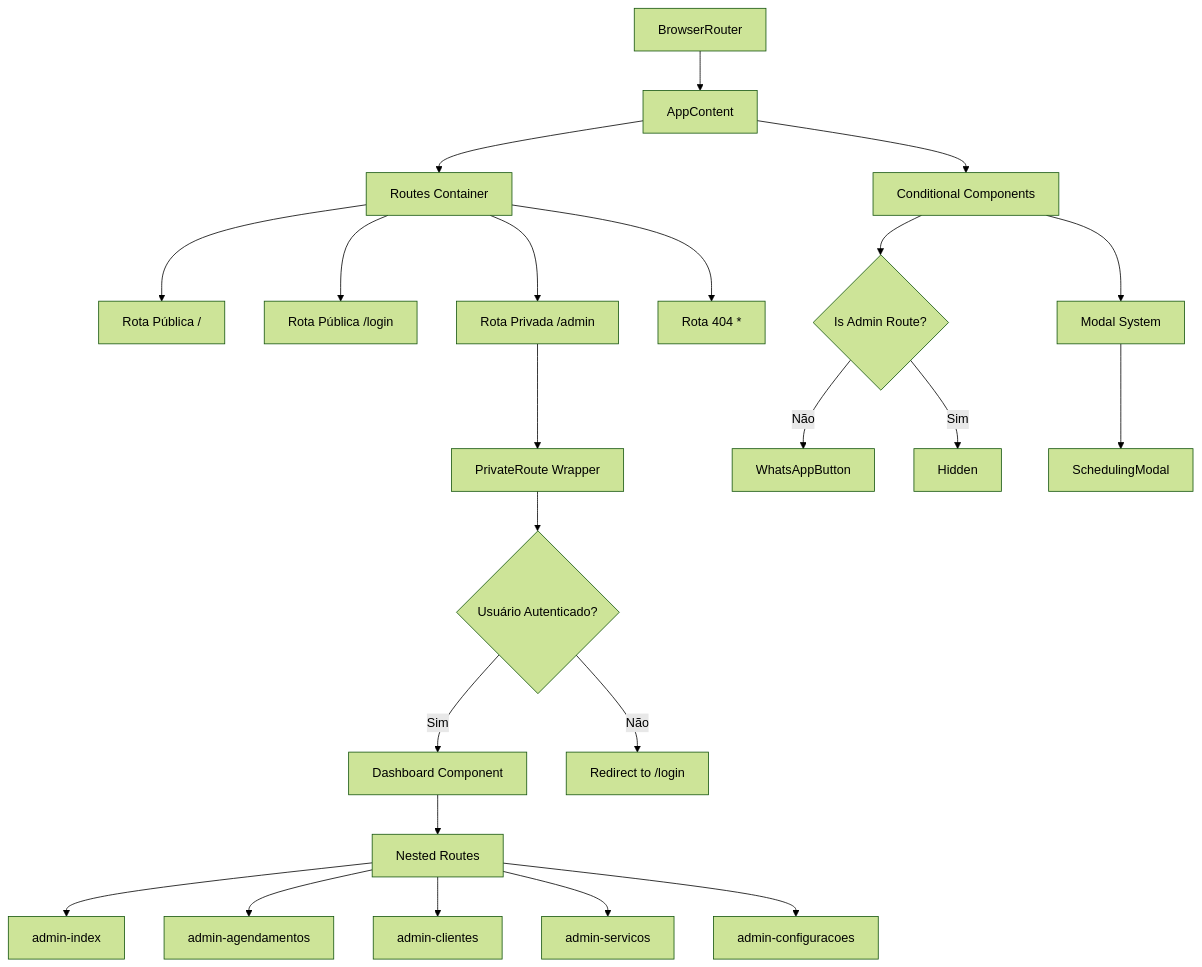
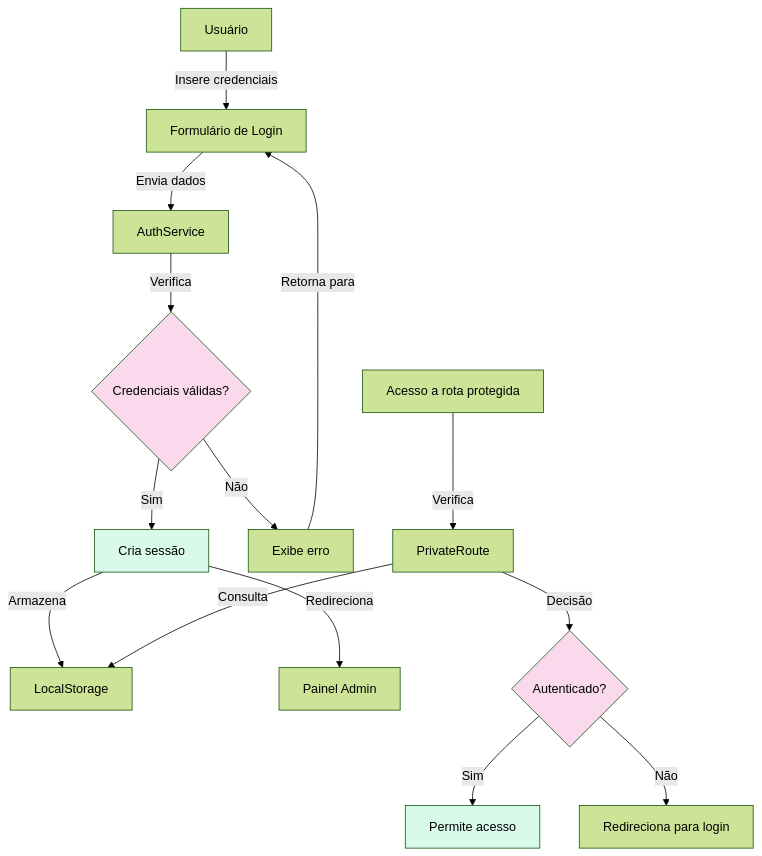
One commit to cold-tech/documentacao changed the first of 2 diagrams in SISTEMA_ROTAS.md. Above: the diagram before and after it, drawn with Mermaid (forest theme). The commit also changed other lines of this file, not shown here.

````diff
--- a/SISTEMA_ROTAS.md
+++ b/SISTEMA_ROTAS.md
@@ -27,29 +11,22 @@
 ```mermaid
-graph TD
-    A[BrowserRouter] --> B[AppContent]
-    B --> C[Routes Container]
-    C --> D[Rota Pública /]
-    C --> E[Rota Pública /login]
-    C --> F[Rota Privada /admin]
-    C --> G[Rota 404 *]
+flowchart TD
+    A[Usuário] -->|Insere credenciais| B[Formulário de Login]
+    B -->|Envia dados| C[AuthService]
+    C -->|Verifica| D{Credenciais válidas?}
+    D -->|Sim| E[Cria sessão]
+    D -->|Não| F[Exibe erro]
+    E -->|Armazena| G[LocalStorage]
+    E -->|Redireciona| H[Painel Admin]
+    F -->|Retorna para| B
     
-    F --> H[PrivateRoute Wrapper]
-    H --> I{Usuário Autenticado?}
-    I -->|Sim| J[Dashboard Component]
-    I -->|Não| K[Redirect to /login]
+    I[Acesso a rota protegida] -->|Verifica| J[PrivateRoute]
+    J -->|Consulta| G
+    J -->|Decisão| K{Autenticado?}
+    K -->|Sim| L[Permite acesso]
+    K -->|Não| M[Redireciona para login]
     
-    J --> L[Nested Routes]
-    L --> M[admin-index]
-    L --> N[admin-agendamentos]
-    L --> O[admin-clientes]
-    L --> P[admin-servicos]
-    L --> Q[admin-configuracoes]
-    
-    B --> R[Conditional Components]
-    R --> S{Is Admin Route?}
-    S -->|Não| T[WhatsAppButton]
-    S -->|Sim| U[Hidden]
-    
-    R --> V[Modal System]
-    V --> W[SchedulingModal]
+    style D fill:#f9d9eb
+    style K fill:#f9d9eb
+    style E fill:#d9f9eb
+    style L fill:#d9f9eb
 ```
````
